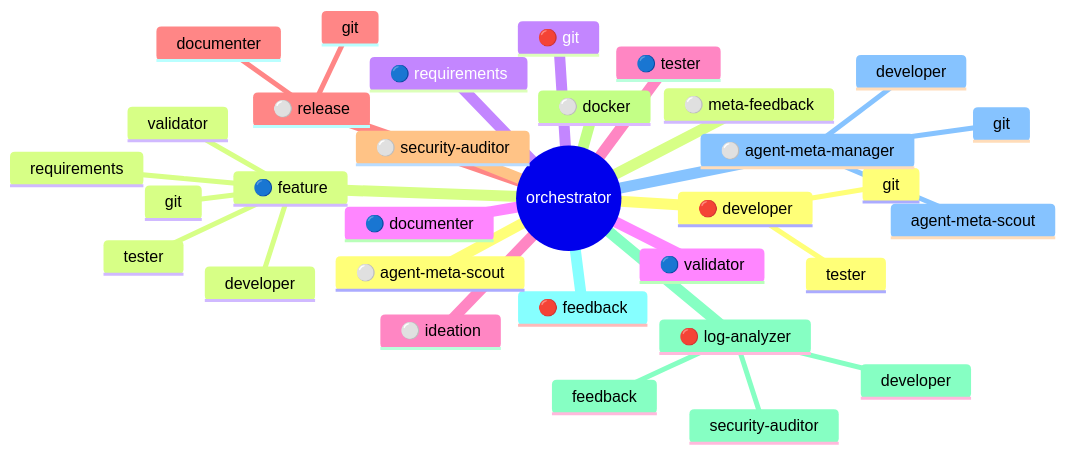
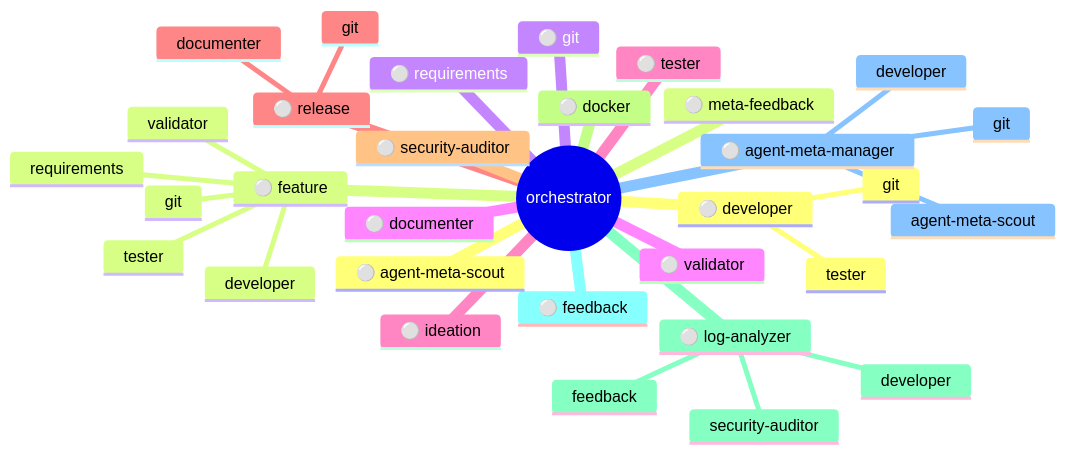
One commit to Popoboxxo/agent-meta changed the diagram in docs/agent-mindmap.md. Above: the diagram before and after it, drawn with Mermaid. The commit also changed other lines of this file and 16 other files, not shown here.

````diff
--- a/docs/agent-mindmap.md
+++ b/docs/agent-mindmap.md
@@ -5,35 +5,35 @@
 ```mermaid
 mindmap
   root((orchestrator))
-    🔴 developer
+    ⚪ developer
       tester
       git
-    🔵 feature
+    ⚪ feature
       requirements
       validator
       developer
       tester
       git
-    🔴 git
-    🔵 documenter
+    ⚪ git
+    ⚪ documenter
     ⚪ ideation
     ⚪ release
       git
       documenter
     ⚪ security-auditor
     ⚪ docker
-    🔴 log-analyzer
+    ⚪ log-analyzer
       feedback
       developer
       security-auditor
-    🔴 feedback
+    ⚪ feedback
     ⚪ agent-meta-manager
       agent-meta-scout
       developer
       git
     ⚪ agent-meta-scout
     ⚪ meta-feedback
-    🔵 requirements
-    🔵 validator
-    🔵 tester
+    ⚪ requirements
+    ⚪ validator
+    ⚪ tester
 ```
````
